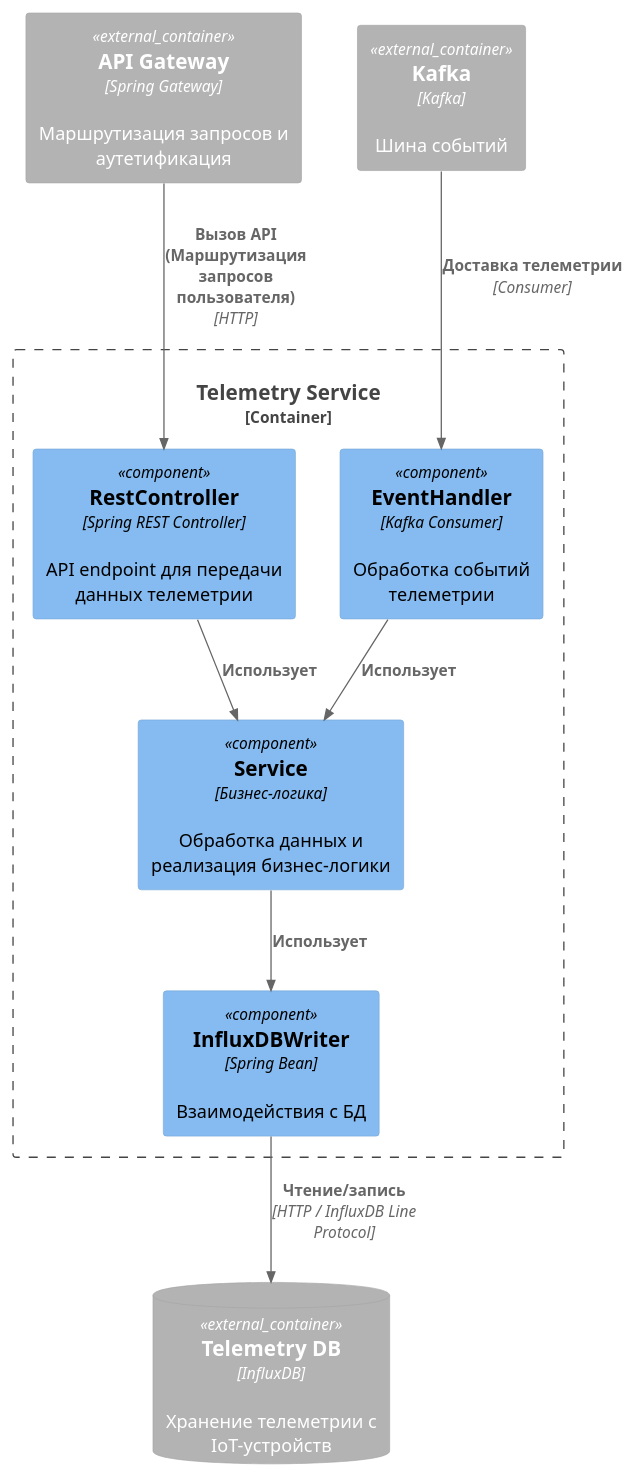
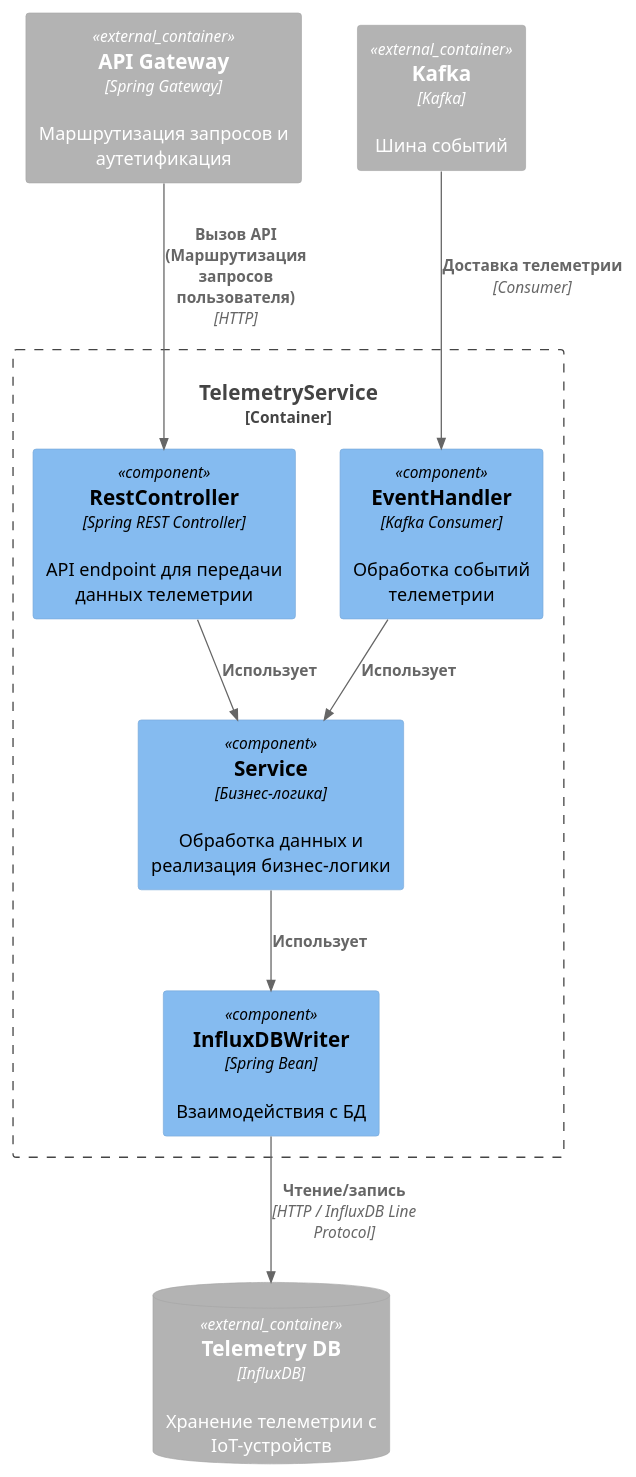
Before and after one commit to Maksina/Yandex-Practicum---Project-1: the diagram in schemas/components/telemetry_service/components_telemetryservice.plantuml, drawn with PlantUML. The commit also changed 8 other files, not shown here.

```diff
--- a/schemas/components/telemetry_service/components_telemetryservice.plantuml
+++ b/schemas/components/telemetry_service/components_telemetryservice.plantuml
@@ -1,24 +1,24 @@
 @startuml components
 
 !include  https://raw.githubusercontent.com/plantuml-stdlib/C4-PlantUML/master/C4_Component.puml
 
 Container_Ext(apigw, "API Gateway", "Spring Gateway", "Маршрутизация запросов и аутетификация")
 
-Container_Boundary(telemetryservice, "Telemetry Service"){
+Container_Boundary(telemetryservice, "TelemetryService"){
     Component(controller, "RestController", "Spring REST Controller", "API endpoint для передачи данных телеметрии")
     Component(handler, "EventHandler", "Kafka Consumer", "Обработка событий телеметрии")
     Component(service, "Service", "Бизнес-логика", "Обработка данных и реализация бизнес-логики")
     Component(dbwriter, "InfluxDBWriter", "Spring Bean", "Взаимодействия с БД")
 }
 
 ContainerDb_Ext(telemetrydb, "Telemetry DB", "InfluxDB", "Хранение телеметрии с IoT-устройств")
 Container_Ext(kafka, "Kafka", "Kafka", "Шина событий")
 
 Rel(apigw, controller, "Вызов API (Маршрутизация запросов пользователя)", "HTTP")
 Rel(kafka, handler, "Доставка телеметрии", "Consumer")
 Rel(controller, service, "Использует")
 Rel(handler, service, "Использует")
 Rel(service, dbwriter, "Использует")
 Rel(dbwriter, telemetrydb, "Чтение/запись", "HTTP / InfluxDB Line Protocol")
 
 @enduml 
```
